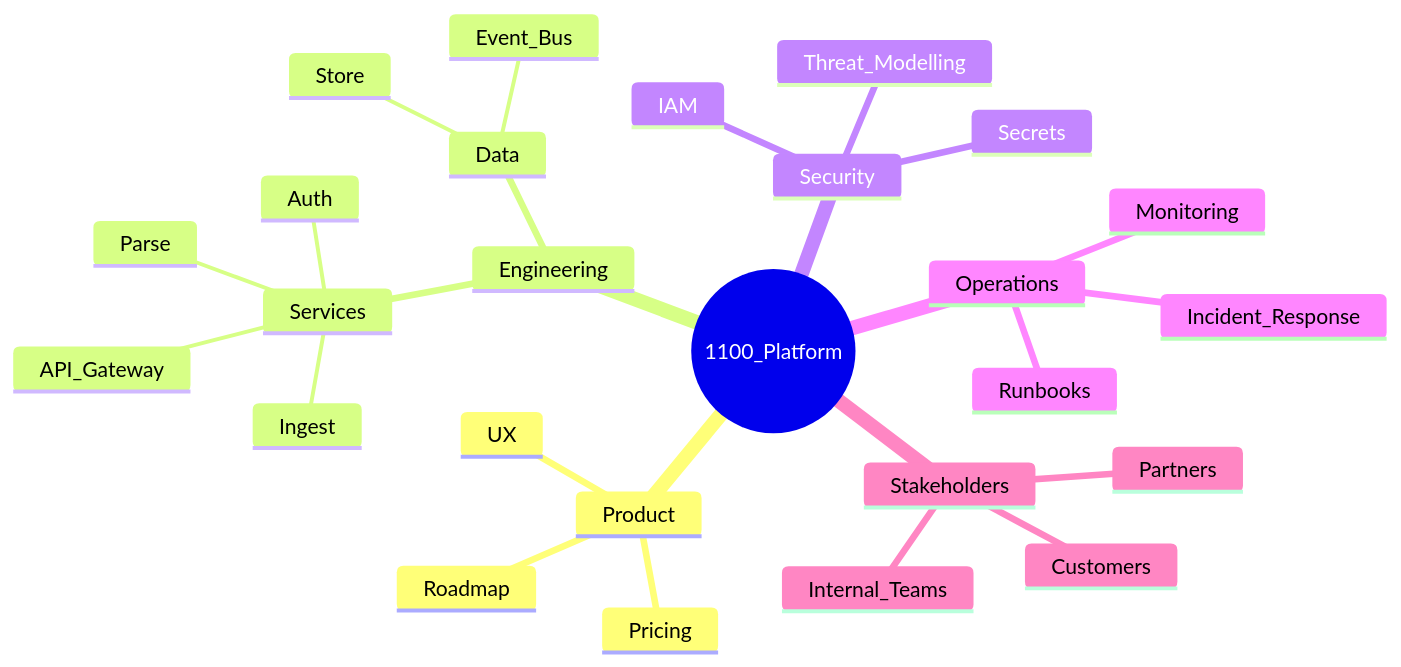
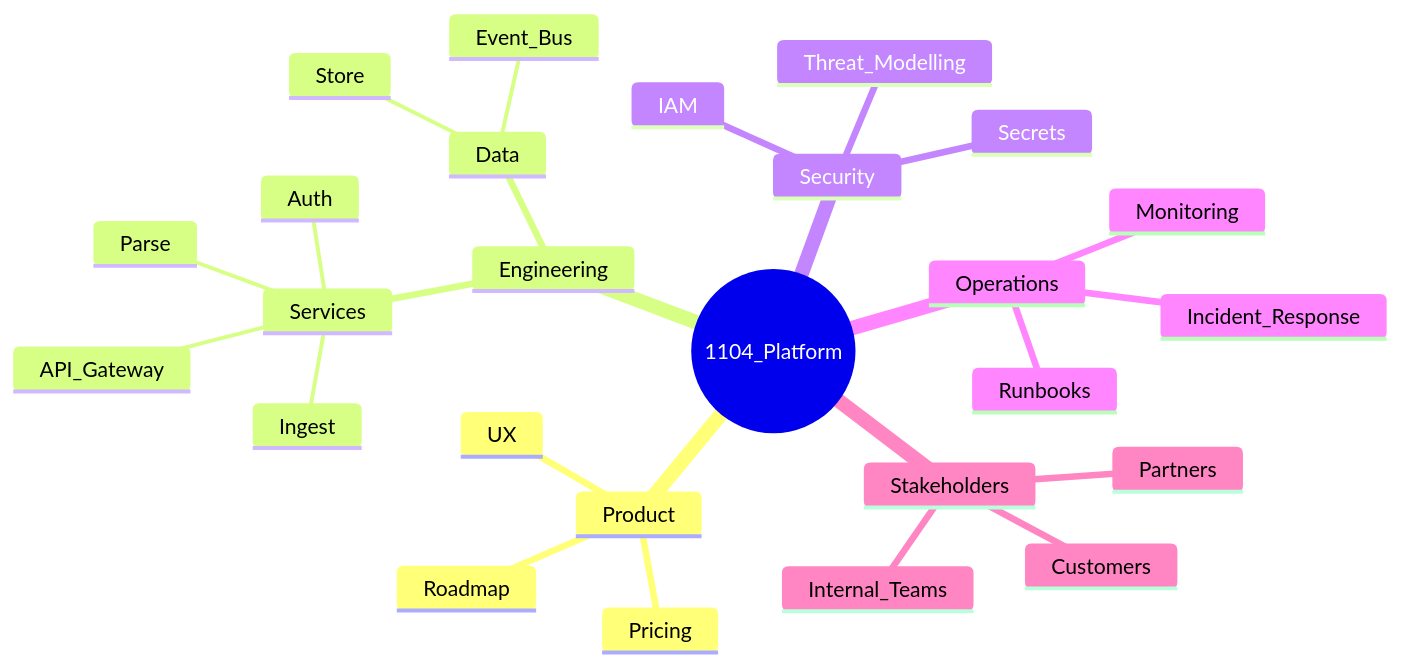
The diagram in diagrams-src/PlatformMindMap.mmd (Beyondthemountain/RoboMermaid), drawn with Mermaid before and after one commit.

Commit message:
Update PlatformMindMap.mmd
update core diagram

```diff
--- a/diagrams-src/PlatformMindMap.mmd
+++ b/diagrams-src/PlatformMindMap.mmd
@@ -1,58 +1,58 @@
 mindmap
 %% Global (included in all views)
-  root((1100_Platform))
+  root((1104_Platform))
 
 %%@view:overview,product
     Product
 %%@view:product
       Roadmap
 %%@view:product
       UX
 %%@view:product
       Pricing
 
 %%@view:overview,engineering
     Engineering
 %%@view:engineering
       Services
 %%@view:engineering
         API_Gateway
 %%@view:engineering
         Auth
 %%@view:engineering
         Ingest
 %%@view:engineering
         Parse
 %%@view:engineering
       Data
 %%@view:engineering
         Store
 %%@view:engineering
         Event_Bus
 
 %%@view:overview,security
     Security
 %%@view:security
       IAM
 %%@view:security
       Secrets
 %%@view:security
       Threat_Modelling
 
 %%@view:overview,ops
     Operations
 %%@view:ops
       Monitoring
 %%@view:ops
       Incident_Response
 %%@view:ops
       Runbooks
 
 %%@view:overview,stakeholders
     Stakeholders
 %%@view:stakeholders
       Customers
 %%@view:stakeholders
       Partners
 %%@view:stakeholders
       Internal_Teams
```
